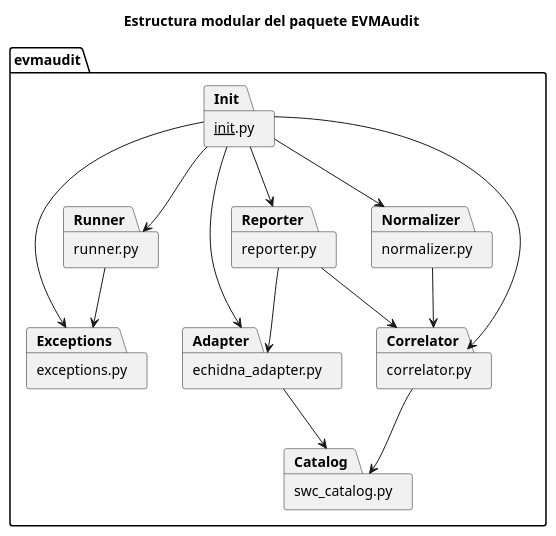
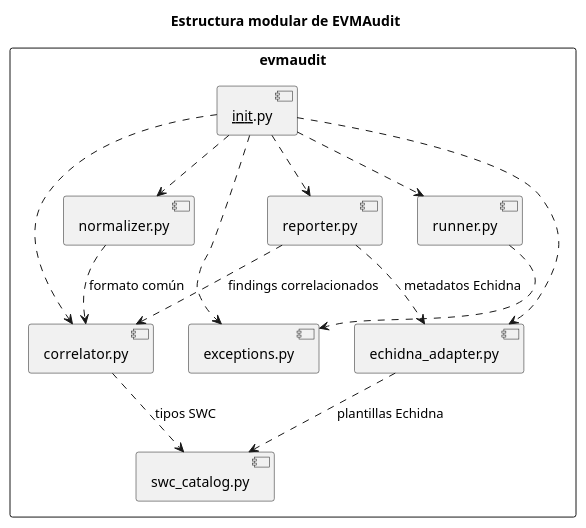
Before and after one commit to pardalaco/TFM-UNIR: the third of 11 diagrams in docs-TFM-UNIR/Entrega/Diagramas/Diagramas.md, drawn with PlantUML. The commit also changed other lines of this file, not shown here.

Commit message:
Diagramas mejorados

````diff
--- a/docs-TFM-UNIR/Entrega/Diagramas/Diagramas.md
+++ b/docs-TFM-UNIR/Entrega/Diagramas/Diagramas.md
@@ -78,31 +134,36 @@
 ```plantuml
 @startuml
-title Estructura modular del paquete EVMAudit
+title Estructura modular de EVMAudit
+
+skinparam packageStyle rectangle
+skinparam shadowing false
 
 package "evmaudit" {
-  package "runner.py" as Runner
-  package "normalizer.py" as Normalizer
-  package "correlator.py" as Correlator
-  package "echidna_adapter.py" as Adapter
-  package "swc_catalog.py" as Catalog
-  package "reporter.py" as Reporter
-  package "exceptions.py" as Exceptions
-  package "__init__.py" as Init
+
+  component "__init__.py" as Init
+
+  component "runner.py" as Runner
+  component "normalizer.py" as Normalizer
+  component "correlator.py" as Correlator
+  component "echidna_adapter.py" as Adapter
+  component "swc_catalog.py" as Catalog
+  component "reporter.py" as Reporter
+  component "exceptions.py" as Exceptions
 }
 
-Init --> Runner
-Init --> Normalizer
-Init --> Correlator
-Init --> Adapter
-Init --> Reporter
-Init --> Exceptions
+Init ..> Runner
+Init ..> Normalizer
+Init ..> Correlator
+Init ..> Adapter
+Init ..> Reporter
+Init ..> Exceptions
 
-Runner --> Exceptions
-Normalizer --> Correlator
-Correlator --> Catalog
-Adapter --> Catalog
-Reporter --> Correlator
-Reporter --> Adapter
+Runner ..> Exceptions
+Normalizer ..> Correlator : formato común
+Correlator ..> Catalog : tipos SWC
+Adapter ..> Catalog : plantillas Echidna
+Reporter ..> Correlator : findings correlacionados
+Reporter ..> Adapter : metadatos Echidna
 
 @enduml
 ```
````
